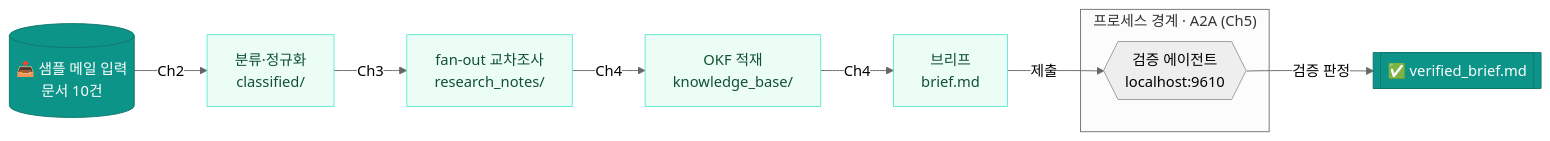
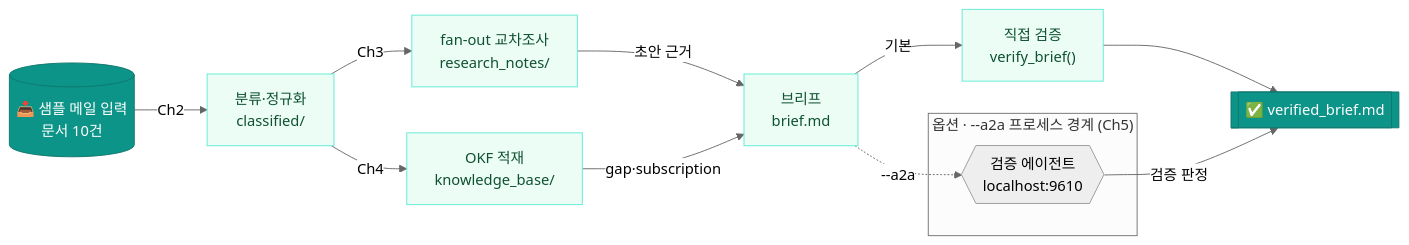
Before and after one commit to Yo-sure/deepagents-handson: the first of 5 diagrams in books/md/Chapter 6. 통합 Demo와 Wrap-up.md, drawn with Mermaid (neutral theme). The commit also changed other lines of this file and 17 other files, not shown here.

````diff
--- a/books/md/Chapter 6. 통합 Demo와 Wrap-up.md
+++ b/books/md/Chapter 6. 통합 Demo와 Wrap-up.md
@@ -76,17 +76,20 @@
 ```mermaid
 flowchart LR
   IN[("📥 샘플 메일 입력<br/>문서 10건")]
   IN -->|Ch2| C["분류·정규화<br/>classified/"]
   C -->|Ch3| R["fan-out 교차조사<br/>research_notes/"]
-  R -->|Ch4| K["OKF 적재<br/>knowledge_base/"]
-  K -->|Ch4| B["브리프<br/>brief.md"]
-  subgraph EXT ["프로세스 경계 · A2A (Ch5)"]
+  C -->|Ch4| K["OKF 적재<br/>knowledge_base/"]
+  R -->|초안 근거| B["브리프<br/>brief.md"]
+  K -->|gap·subscription| B
+  B -->|기본| D["직접 검증<br/>verify_brief()"]
+  subgraph EXT ["옵션 · --a2a 프로세스 경계 (Ch5)"]
     V{{"검증 에이전트<br/>localhost:9610"}}
   end
-  B -->|제출| V
-  V -->|검증 판정| OUT[["✅ verified_brief.md"]]
+  B -.->|--a2a| V
+  D --> OUT[["✅ verified_brief.md"]]
+  V -->|검증 판정| OUT
   classDef io fill:#0d9488,stroke:#0f766e,color:#fff;
   classDef step fill:#ecfdf5,stroke:#5eead4,color:#0f5132;
   class IN,OUT io;
-  class C,R,K,B step;
+  class C,R,K,B,D step;
 ```
````
